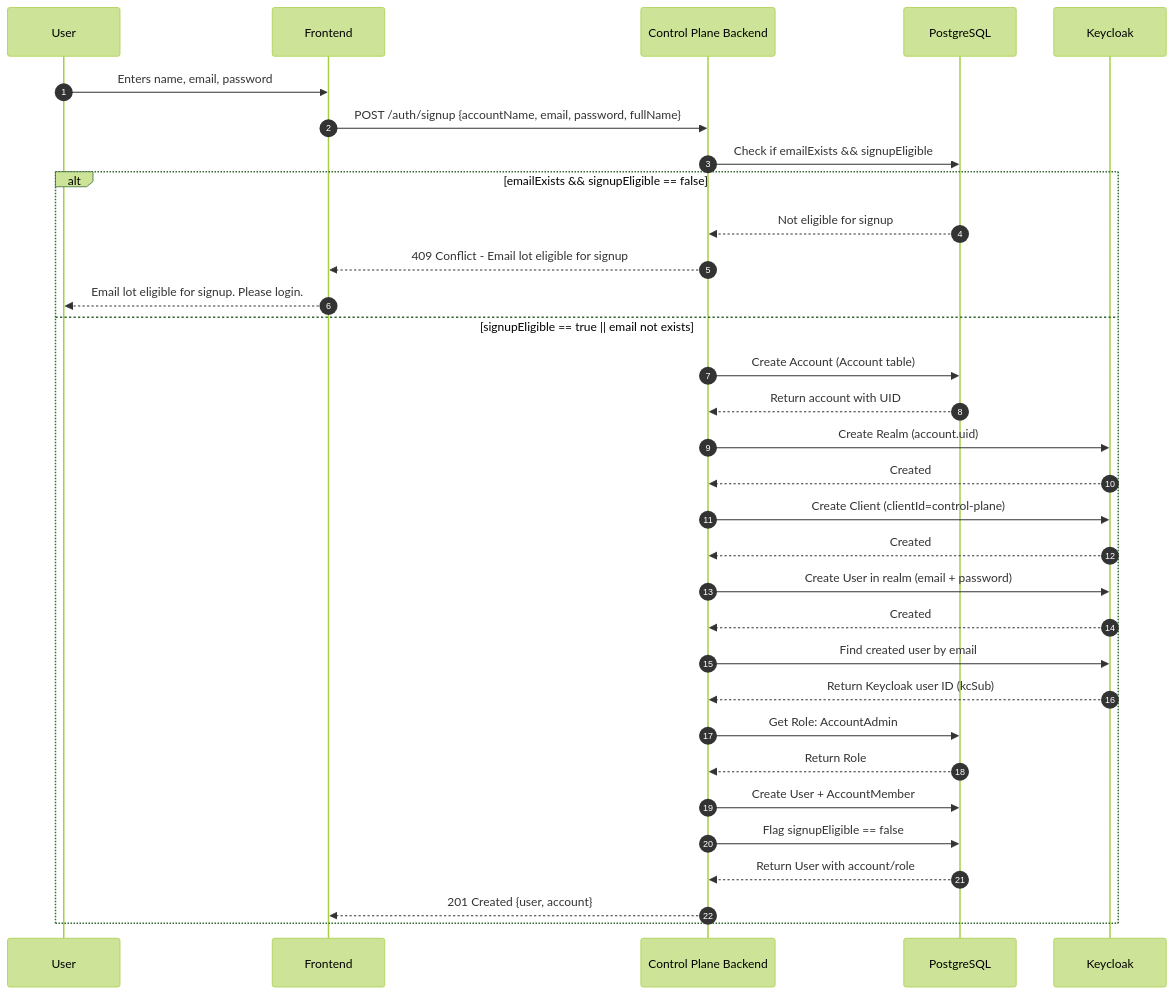
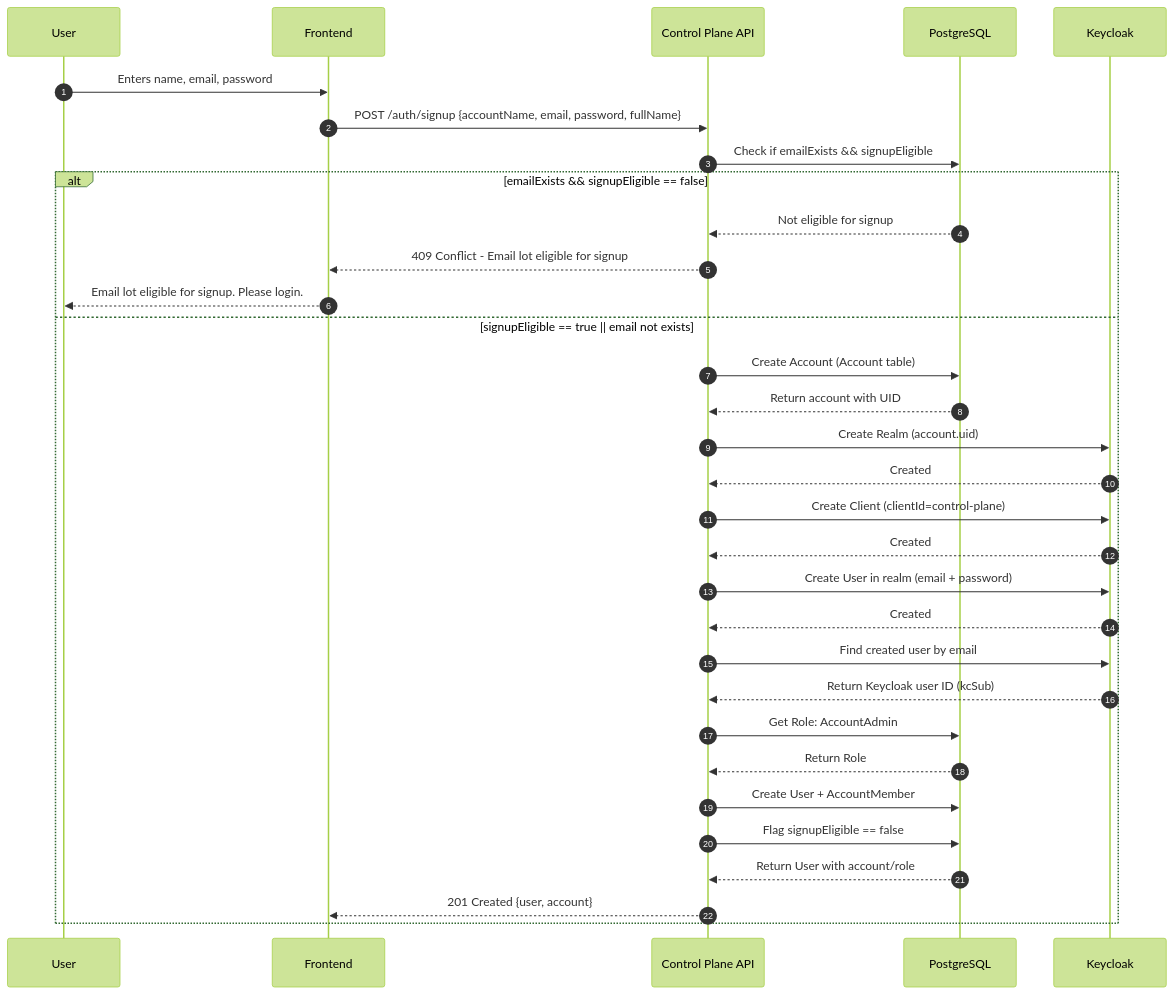
One commit to Aman1quant/sparqd-control-plane changed the diagram in docs/authentication/signup.md. Above: the diagram before and after it, drawn with Mermaid (forest theme). The commit also changed 5 other files, not shown here.

````diff
--- a/docs/authentication/signup.md
+++ b/docs/authentication/signup.md
@@ -4,44 +4,44 @@
 ```mermaid
 sequenceDiagram
     autonumber
     participant U as User
     participant UI as Frontend
-    participant BE as Control Plane Backend
+    participant BE as Control Plane API
     participant DB as PostgreSQL
     participant KC as Keycloak
 
     U->>UI: Enters name, email, password
     UI->>BE: POST /auth/signup {accountName, email, password, fullName}
 
     BE->>DB: Check if emailExists && signupEligible
     alt emailExists && signupEligible == false
         DB-->>BE: Not eligible for signup
         BE-->>UI: 409 Conflict - Email lot eligible for signup
         UI-->>U: Email lot eligible for signup. Please login.
     else signupEligible == true || email not exists
 
         BE->>DB: Create Account (Account table)
         DB-->>BE: Return account with UID
 
         BE->>KC: Create Realm (account.uid)
         KC-->>BE: Created
 
         BE->>KC: Create Client (clientId=control-plane)
         KC-->>BE: Created
 
         BE->>KC: Create User in realm (email + password)
         KC-->>BE: Created
 
         BE->>KC: Find created user by email
         KC-->>BE: Return Keycloak user ID (kcSub)
 
         BE->>DB: Get Role: AccountAdmin
         DB-->>BE: Return Role
 
         BE->>DB: Create User + AccountMember
         BE->>DB: Flag signupEligible == false
         DB-->>BE: Return User with account/role
 
         BE-->>UI: 201 Created {user, account}
     end
 ```
````
